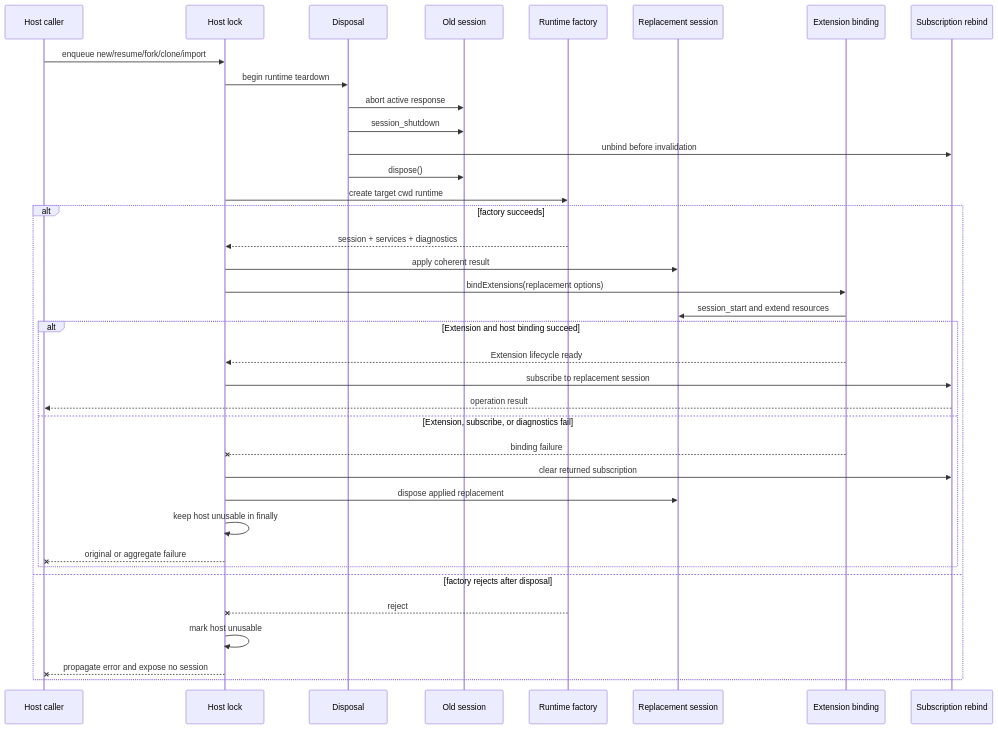
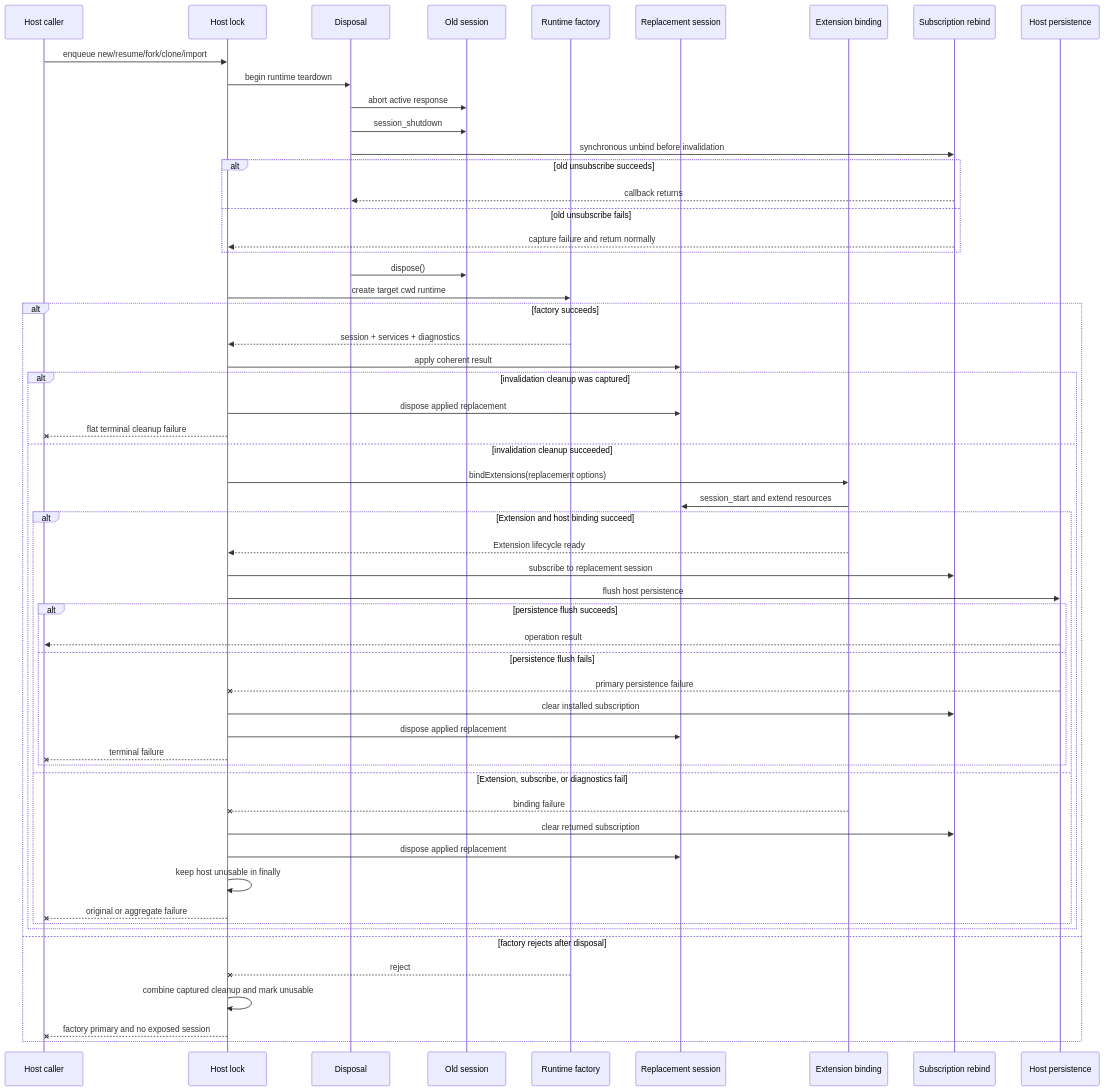
The diagram in content/en/how-to/host-session-runtime.md (pifydev/docs), drawn with Mermaid before and after one commit. The commit also changed other lines of this file and 3 other files, not shown here.

Commit message:
docs: harden session runtime terminal cleanup

````diff
--- a/content/en/how-to/host-session-runtime.md
+++ b/content/en/how-to/host-session-runtime.md
@@ -355,39 +452,58 @@
 ```mermaid
 sequenceDiagram
     participant Caller as Host caller
     participant Lock as Host lock
     participant Dispose as Disposal
     participant Old as Old session
     participant Factory as Runtime factory
     participant Next as Replacement session
     participant Extensions as Extension binding
     participant Rebind as Subscription rebind
+    participant Persist as Host persistence
     Caller->>Lock: enqueue new/resume/fork/clone/import
     Lock->>Dispose: begin runtime teardown
     Dispose->>Old: abort active response
     Dispose->>Old: session_shutdown
-    Dispose->>Rebind: unbind before invalidation
+    Dispose->>Rebind: synchronous unbind before invalidation
+    alt old unsubscribe succeeds
+        Rebind-->>Dispose: callback returns
+    else old unsubscribe fails
+        Rebind-->>Lock: capture failure and return normally
+    end
     Dispose->>Old: dispose()
     Lock->>Factory: create target cwd runtime
     alt factory succeeds
         Factory-->>Lock: session + services + diagnostics
         Lock->>Next: apply coherent result
-        Lock->>Extensions: bindExtensions(replacement options)
-        Extensions->>Next: session_start and extend resources
-        alt Extension and host binding succeed
-            Extensions-->>Lock: Extension lifecycle ready
-            Lock->>Rebind: subscribe to replacement session
-            Rebind-->>Caller: operation result
-        else Extension, subscribe, or diagnostics fail
-            Extensions--xLock: binding failure
-            Lock->>Rebind: clear returned subscription
+        alt invalidation cleanup was captured
             Lock->>Next: dispose applied replacement
-            Lock->>Lock: keep host unusable in finally
-            Lock--xCaller: original or aggregate failure
+            Lock--xCaller: flat terminal cleanup failure
+        else invalidation cleanup succeeded
+            Lock->>Extensions: bindExtensions(replacement options)
+            Extensions->>Next: session_start and extend resources
+            alt Extension and host binding succeed
+                Extensions-->>Lock: Extension lifecycle ready
+                Lock->>Rebind: subscribe to replacement session
+                Lock->>Persist: flush host persistence
+                alt persistence flush succeeds
+                    Persist-->>Caller: operation result
+                else persistence flush fails
+                    Persist--xLock: primary persistence failure
+                    Lock->>Rebind: clear installed subscription
+                    Lock->>Next: dispose applied replacement
+                    Lock--xCaller: terminal failure
+                end
+            else Extension, subscribe, or diagnostics fail
+                Extensions--xLock: binding failure
+                Lock->>Rebind: clear returned subscription
+                Lock->>Next: dispose applied replacement
+                Lock->>Lock: keep host unusable in finally
+                Lock--xCaller: original or aggregate failure
+            end
         end
     else factory rejects after disposal
         Factory--xLock: reject
-        Lock->>Lock: mark host unusable
-        Lock--xCaller: propagate error and expose no session
+        Lock->>Lock: combine captured cleanup and mark unusable
+        Lock--xCaller: factory primary and no exposed session
     end
 ```
````
